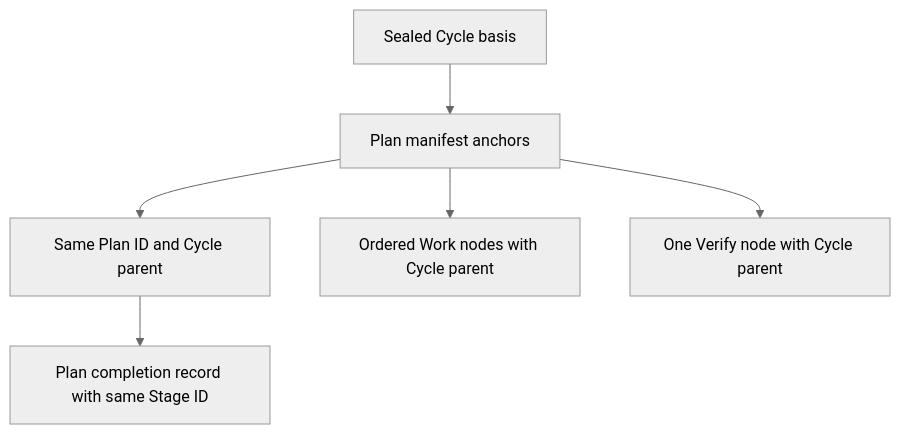
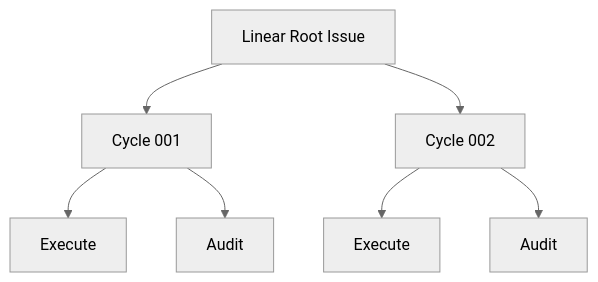
Before and after one commit to hallucination-studio/symphony: the diagram in docs/architecture/root-issue.md, drawn with Mermaid (neutral theme). The commit also changed other lines of this file and 54 other files, not shown here.

Commit message:
chore: checkpoint serial-cycle architecture baseline

````diff
--- a/docs/architecture/root-issue.md
+++ b/docs/architecture/root-issue.md
@@ -106,9 +9,10 @@
 ```mermaid
-%% source-rules: RI-MANIFEST-003 RI-MANIFEST-006
+%% source-rules: WF-TOPO-001 WF-TOPO-002 WF-TOPO-003
 flowchart TD
-  Basis[Sealed Cycle basis] --> Manifest[Plan manifest anchors]
-  Manifest --> Plan[Same Plan ID and Cycle parent]
-  Manifest --> Works[Ordered Work nodes with Cycle parent]
-  Manifest --> Verify[One Verify node with Cycle parent]
-  Plan --> Record[Plan completion record with same Stage ID]
+  Root[Linear Root Issue] --> C1[Cycle 001]
+  Root --> C2[Cycle 002]
+  C1 --> E1[Execute]
+  C1 --> A1[Audit]
+  C2 --> E2[Execute]
+  C2 --> A2[Audit]
 ```
````
